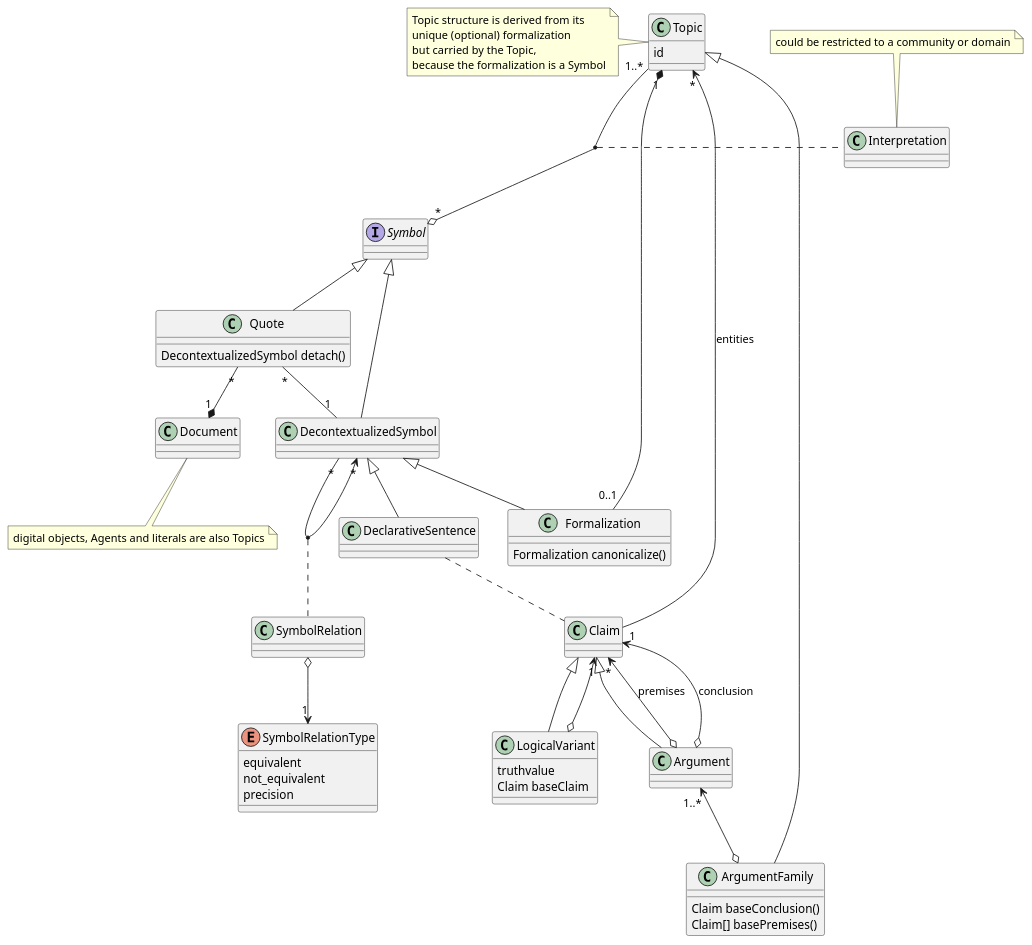
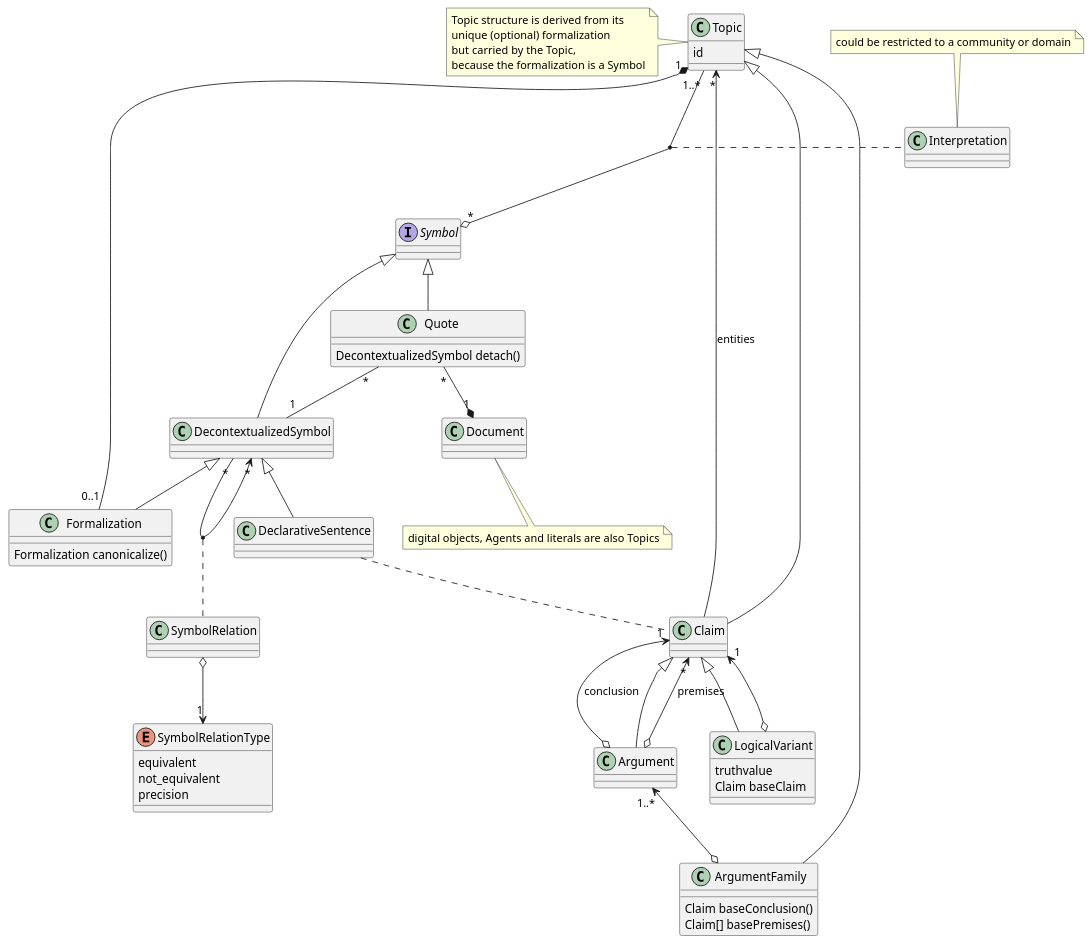
One commit to canonical-debate-lab/cd-domain-model changed the diagram in diagram/map.puml. Above: the diagram before and after it, drawn with PlantUML. The commit also changed 1 other file, not shown here.

Commit message:
Claim is still a Topic

```diff
--- a/diagram/map.puml
+++ b/diagram/map.puml
@@ -1,76 +1,76 @@
 @startuml
 
 class Topic {
   id
 }
 note left: Topic structure is derived from its \nunique (optional) formalization\nbut carried by the Topic,\nbecause the formalization is a Symbol
 
 Topic "1..*" --o "*" Symbol
 (Topic , Symbol) . Interpretation
 class Interpretation {}
 note top: could be restricted to a community or domain
 
 DecontextualizedSymbol <|-- Formalization
 
 class Formalization {
   Formalization canonicalize()
 }
 
 Topic "1" *-- "0..1" Formalization
 
-
+Topic <|-- Claim
 
 DecontextualizedSymbol "*" --> "*" DecontextualizedSymbol
 (DecontextualizedSymbol , DecontextualizedSymbol) . SymbolRelation
 DecontextualizedSymbol <|-- DeclarativeSentence
 
 SymbolRelation o--> "1" SymbolRelationType
 
 enum SymbolRelationType {
   equivalent
   not_equivalent
   precision
 }
 
 Quote "*" -- "1" DecontextualizedSymbol
 Quote "*" --* "1" Document
 
 interface Symbol
 Symbol <|-- DecontextualizedSymbol
 Symbol <|-- Quote
 
 class Quote {
   DecontextualizedSymbol detach()
 }
 
 class Document {
 
 }
 note bottom: digital objects, Agents and literals are also Topics
 
 
 Claim <|-- Argument
 
 Topic "*" <-- Claim : entities
 Argument o--> "*" Claim : premises
 Argument o--> "1" Claim : conclusion
 
 Claim <|-- LogicalVariant
 Claim "1" <--o LogicalVariant
 
 DeclarativeSentence .. Claim
 
 class LogicalVariant {
   truthvalue
   Claim baseClaim
 }
 
 class ArgumentFamily {
   Claim baseConclusion()
   Claim[] basePremises()
 }
 
 Argument "1..*" <--o ArgumentFamily
 Topic <|-- ArgumentFamily
 
 @enduml
```
